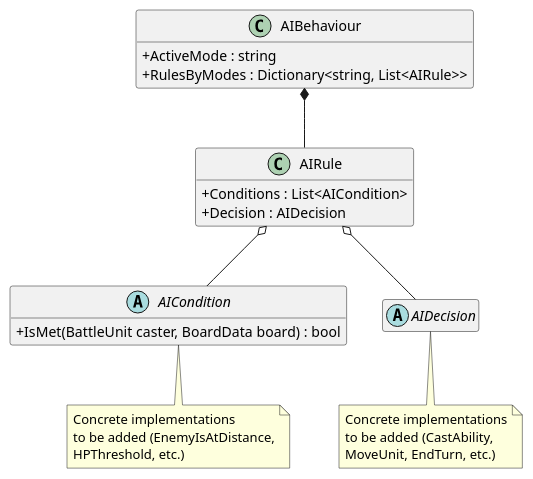
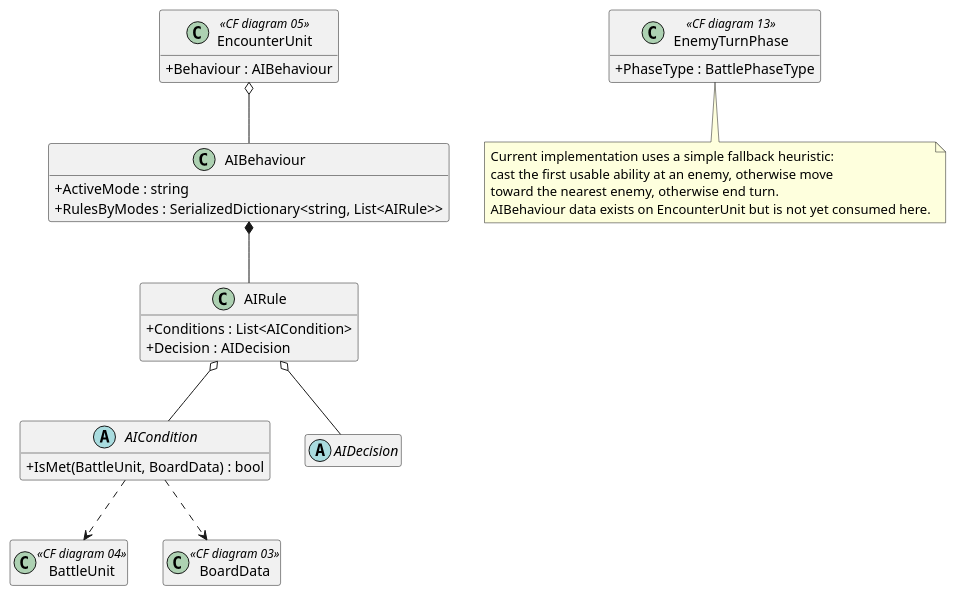
One commit to EreliaStudio/Erelia changed the diagram in Architecture/diagrams/08_ai.puml. Above: the diagram before and after it, drawn with PlantUML. The commit also changed 187 other files, not shown here.

```diff
--- a/Architecture/diagrams/08_ai.puml
+++ b/Architecture/diagrams/08_ai.puml
@@ -1,29 +1,48 @@
 @startuml AI System
 
 skinparam classAttributeIconSize 0
+skinparam shadowing false
 hide empty members
 
+class BattleUnit <<CF diagram 04>> {}
+class BoardData <<CF diagram 03>> {}
+
 abstract class AICondition {
-  +IsMet(BattleUnit caster, BoardData board) : bool
+  +IsMet(BattleUnit, BoardData) : bool
 }
 
 abstract class AIDecision
 
 class AIRule {
   +Conditions : List<AICondition>
   +Decision : AIDecision
 }
 
 class AIBehaviour {
   +ActiveMode : string
-  +RulesByModes : Dictionary<string, List<AIRule>>
+  +RulesByModes : SerializedDictionary<string, List<AIRule>>
+}
+
+class EncounterUnit <<CF diagram 05>> {
+  +Behaviour : AIBehaviour
+}
+
+class EnemyTurnPhase <<CF diagram 13>> {
+  +PhaseType : BattlePhaseType
 }
 
 AIBehaviour *-- AIRule
 AIRule o-- AICondition
 AIRule o-- AIDecision
+EncounterUnit o-- AIBehaviour
+AICondition ..> BattleUnit
+AICondition ..> BoardData
 
-note bottom of AICondition : Concrete implementations\nto be added (EnemyIsAtDistance,\nHPThreshold, etc.)
-note bottom of AIDecision : Concrete implementations\nto be added (CastAbility,\nMoveUnit, EndTurn, etc.)
+note bottom of EnemyTurnPhase
+Current implementation uses a simple fallback heuristic:
+cast the first usable ability at an enemy, otherwise move
+toward the nearest enemy, otherwise end turn.
+AIBehaviour data exists on EncounterUnit but is not yet consumed here.
+end note
 
 @enduml
```
